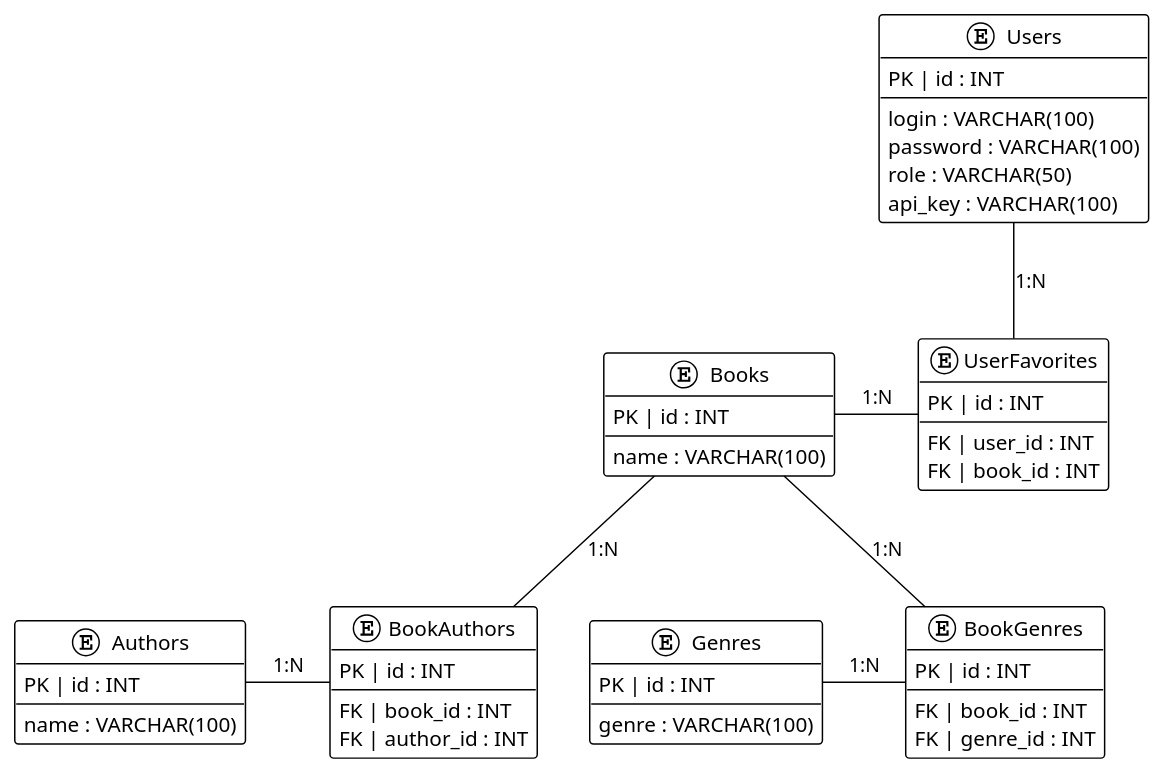
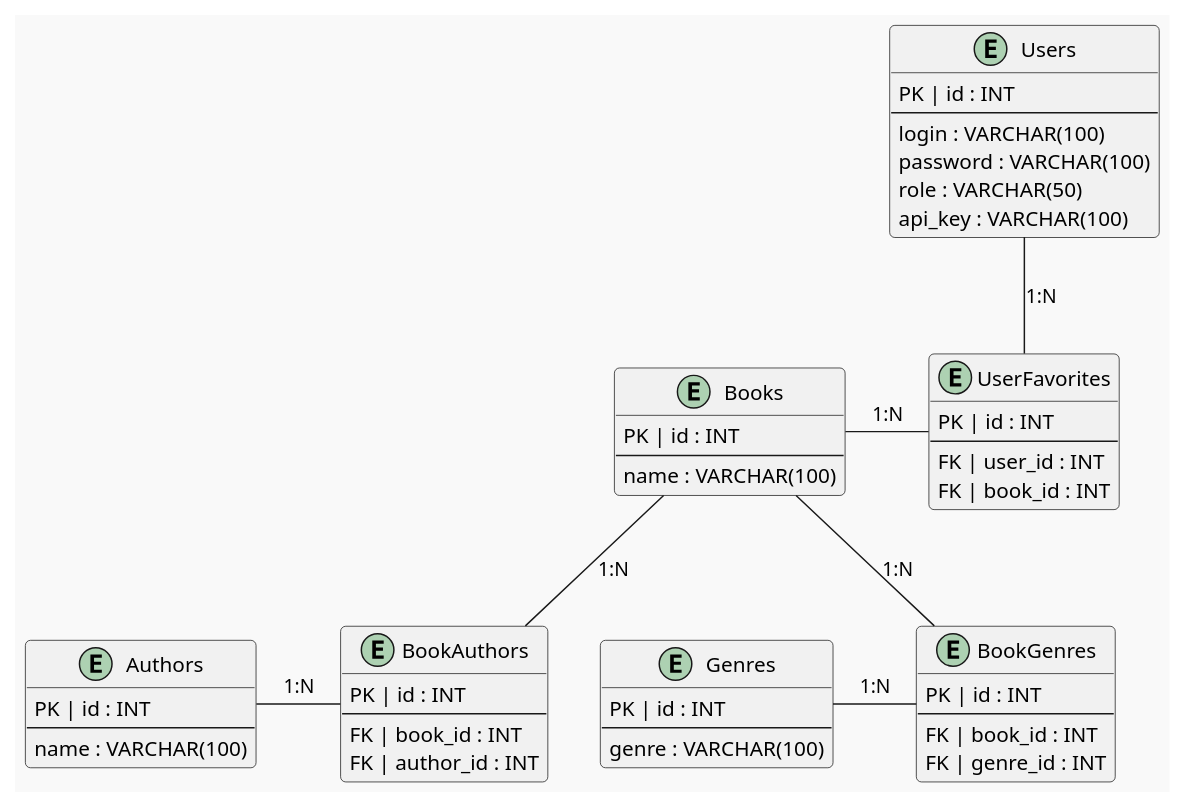
The diagram in uml/ERDiagram.puml (Ushchenko/OnlineLibraryAPI-main), drawn with PlantUML before and after one commit. The commit also changed 1 other file, not shown here.

Commit message:
Update uml

```diff
--- a/uml/ERDiagram.puml
+++ b/uml/ERDiagram.puml
@@ -1,57 +1,57 @@
 @startuml
-!theme plain
+!theme mars
 entity "Users" as users {
   PK | id : INT
   --
   login : VARCHAR(100)
   password : VARCHAR(100)
   role : VARCHAR(50)
   api_key : VARCHAR(100)
 }
 
 entity "Books" as books {
   PK | id : INT
   --
   name : VARCHAR(100)
 }
 
 entity "Authors" as authors {
   PK | id : INT
   --
   name : VARCHAR(100)
 }
 
 entity "Genres" as genres {
   PK | id : INT
   --
   genre : VARCHAR(100)
 }
 
 entity "BookAuthors" as bookauthors {
   PK | id : INT
   --
   FK | book_id : INT
   FK | author_id : INT
 }
 
 entity "BookGenres" as bookgenres {
   PK | id : INT
   --
   FK | book_id : INT
   FK | genre_id : INT
 }
 
 entity "UserFavorites" as userfavorites {
   PK | id : INT
   --
   FK | user_id : INT
   FK | book_id : INT
 }
 
 users -- userfavorites : "1:N"
 books - userfavorites : "1:N"
 books -- bookauthors : "1:N"
 authors - bookauthors : "1:N"
 books -- bookgenres : "1:N"
 genres - bookgenres : "1:N"
 @enduml
```
